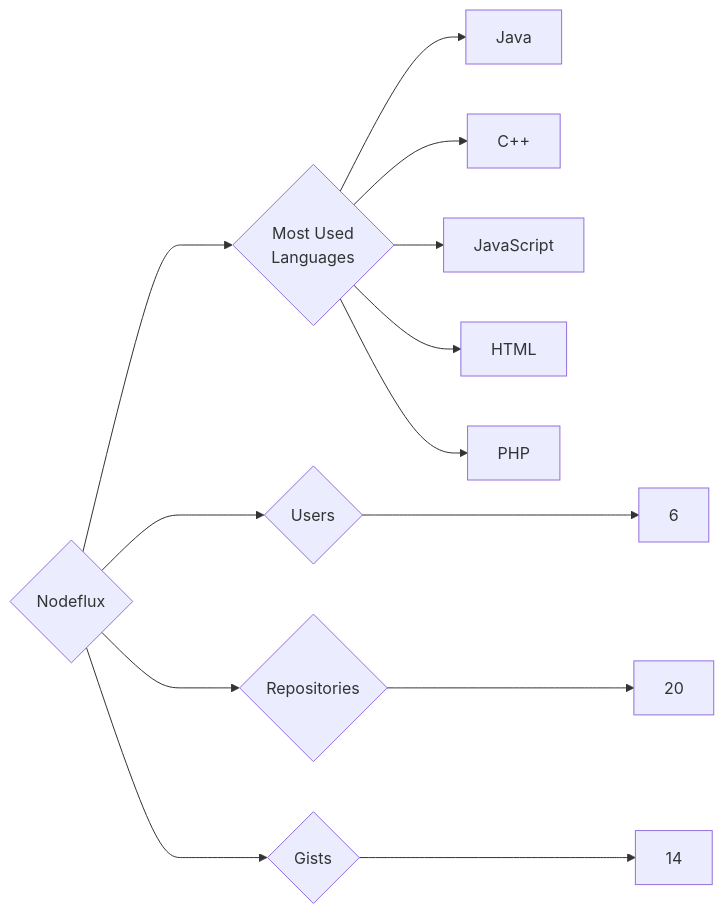
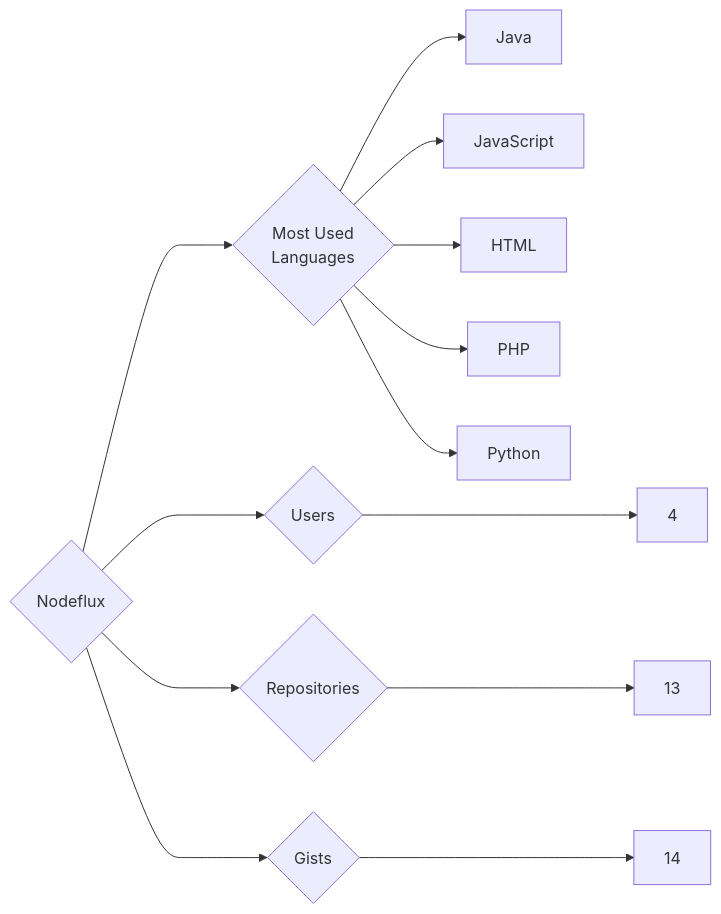
The diagram in targets/Nodeflux/README.md (trickest/insiders), drawn with Mermaid before and after one commit. The commit also changed 1248 other files, not shown here.

````diff
--- a/targets/Nodeflux/README.md
+++ b/targets/Nodeflux/README.md
@@ -3,13 +3,13 @@
 ```mermaid
 graph LR
 COMPANY_NAME{Nodeflux}
-COMPANY_NAME ---> U{Users} ---> UN[6]
-COMPANY_NAME ---> R{Repositories} ---> RN[20]
+COMPANY_NAME ---> U{Users} ---> UN[4]
+COMPANY_NAME ---> R{Repositories} ---> RN[13]
 COMPANY_NAME ---> G{Gists} ---> GN[14]
 COMPANY_NAME ---> ML{Most Used<br>Languages}
 ML --> Java[Java]
-ML --> C++[C++]
 ML --> JavaScript[JavaScript]
 ML --> HTML[HTML]
 ML --> PHP[PHP]
+ML --> Python[Python]
 ```
````
